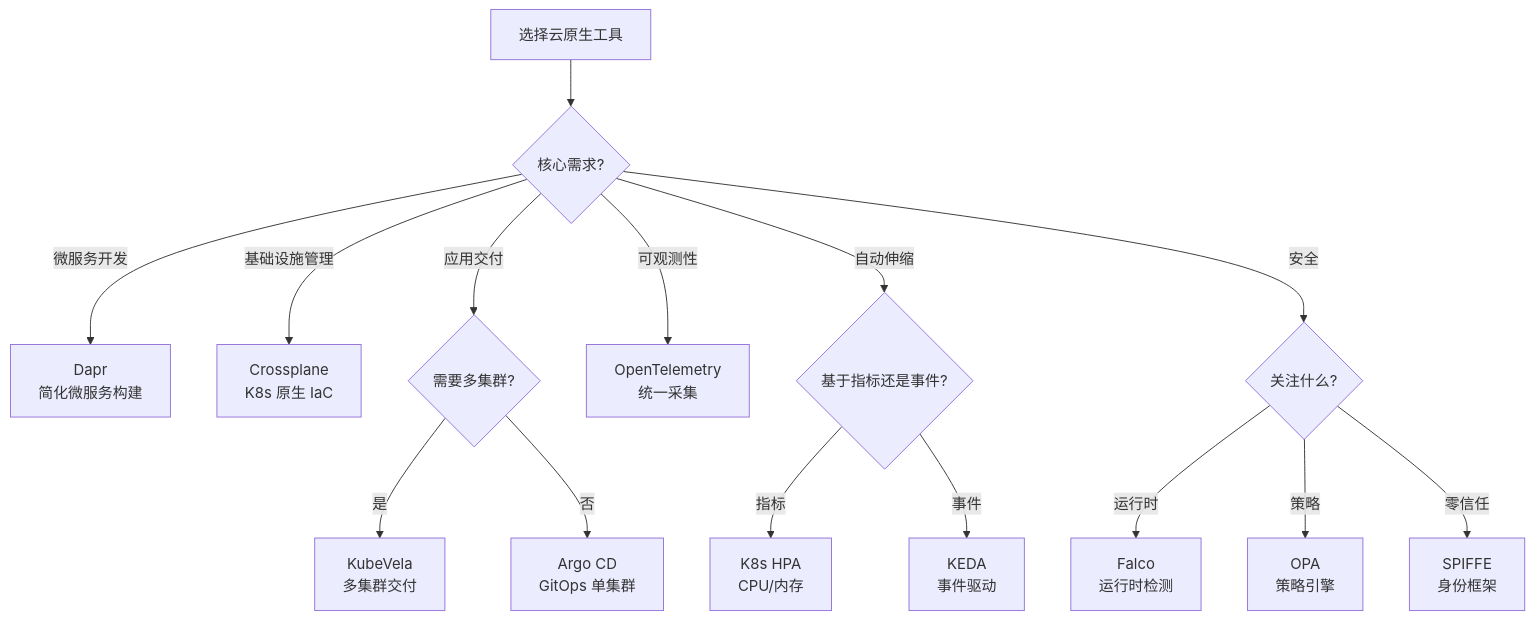
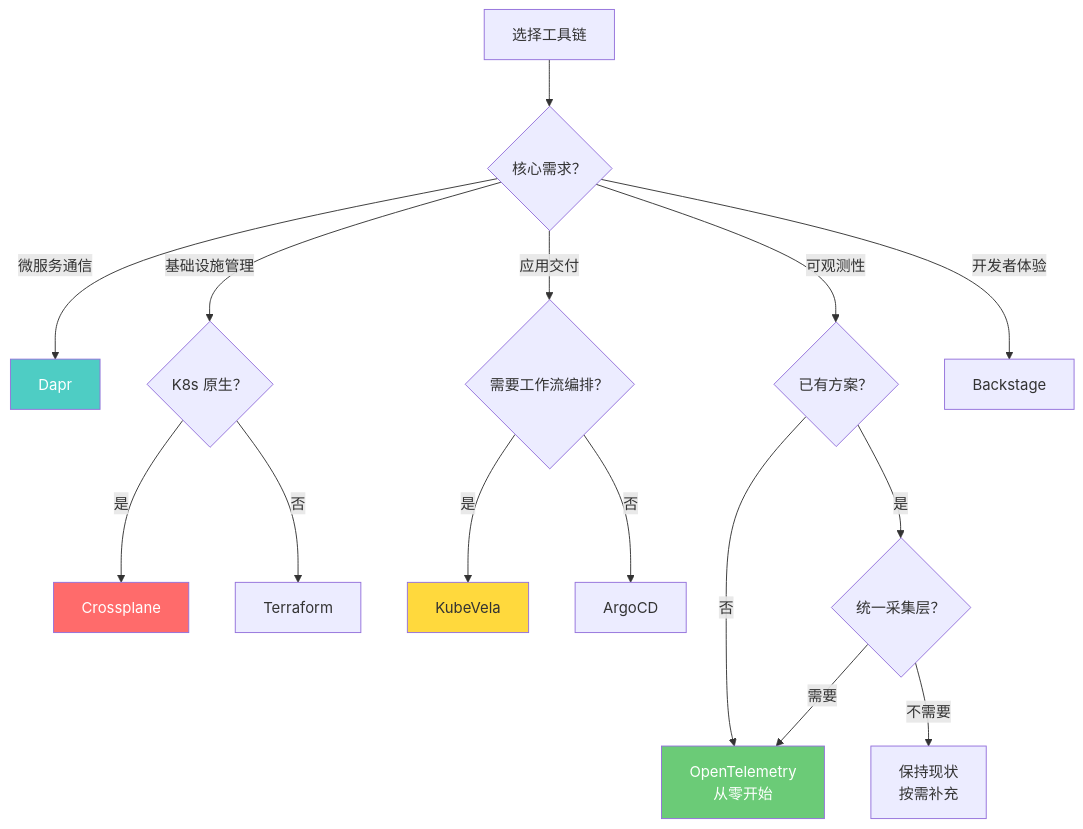
One commit to moklgydocs/moklgydocs.github.io changed diagram 11 of 11 in src/运维与部署/Docker_K8s/08_云原生生态/03_云原生工具链.md. Above: the diagram before and after it, drawn with Mermaid. The commit also changed other lines of this file and 1 other file, not shown here.

````diff
--- a/src/运维与部署/Docker_K8s/08_云原生生态/03_云原生工具链.md
+++ b/src/运维与部署/Docker_K8s/08_云原生生态/03_云原生工具链.md
@@ -981,22 +1379,26 @@
 ```mermaid
 flowchart TD
-    Start["选择云原生工具"] --> Q1{"核心需求?"}
+    A["选择工具链"] --> B{"核心需求？"}
 
-    Q1 -->|"微服务开发"| Dapr["Dapr<br/>简化微服务构建"]
-    Q1 -->|"基础设施管理"| Crossplane["Crossplane<br/>K8s 原生 IaC"]
-    Q1 -->|"应用交付"| Q2{"需要多集群?"}
+    B -->|"微服务通信"| C["Dapr"]
+    B -->|"基础设施管理"| D{"K8s 原生？"}
+    B -->|"应用交付"| E{"需要工作流编排？"}
+    B -->|"可观测性"| F{"已有方案？"}
+    B -->|"开发者体验"| G["Backstage"]
 
-    Q2 -->|是| KubeVela["KubeVela<br/>多集群交付"]
-    Q2 -->|否| ArgoCD["Argo CD<br/>GitOps 单集群"]
+    D -->|是| D1["Crossplane"]
+    D -->|否| D2["Terraform"]
 
-    Q1 -->|"可观测性"| OTel["OpenTelemetry<br/>统一采集"]
-    Q1 -->|"自动伸缩"| Q3{"基于指标还是事件?"}
+    E -->|是| E1["KubeVela"]
+    E -->|否| E2["ArgoCD"]
 
-    Q3 -->|指标| HPA["K8s HPA<br/>CPU/内存"]
-    Q3 -->|事件| KEDA["KEDA<br/>事件驱动"]
+    F -->|否| F1["OpenTelemetry<br/>从零开始"]
+    F -->|是| F2{"统一采集层？"}
+    F2 -->|需要| F1
+    F2 -->|不需要| F3["保持现状<br/>按需补充"]
 
-    Q1 -->|"安全"| Q4{"关注什么?"}
-    Q4 -->|运行时| Falco["Falco<br/>运行时检测"]
-    Q4 -->|策略| OPA["OPA<br/>策略引擎"]
-    Q4 -->|零信任| SPIFFE["SPIFFE<br/>身份框架"]
+    style C fill:#4ecdc4,color:#fff
+    style D1 fill:#ff6b6b,color:#fff
+    style E1 fill:#ffd93d,color:#333
+    style F1 fill:#6bcb77,color:#fff
 ```
````
